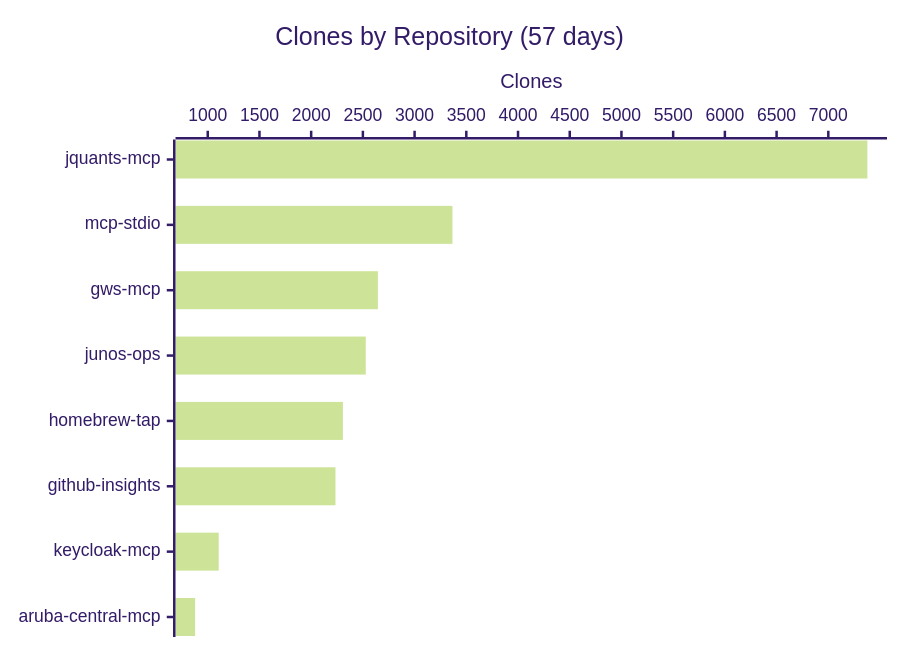
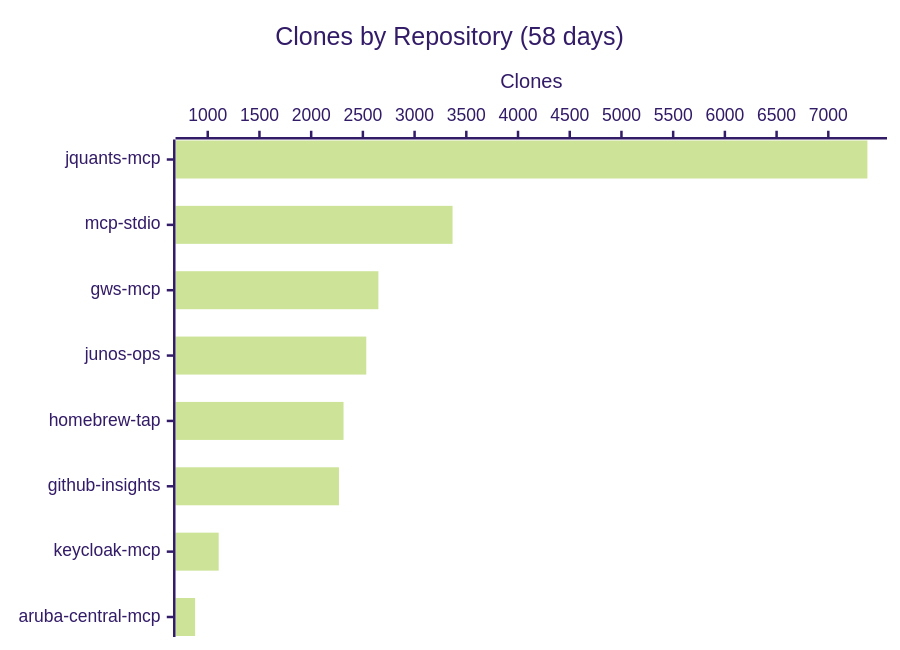
The third of 3 diagrams in README.md (shigechika/github-insights), drawn with Mermaid (forest theme) before and after one commit. The commit also changed other lines of this file and 2 other files, not shown here.

````diff
--- a/README.md
+++ b/README.md
@@ -38,7 +38,7 @@
 ```mermaid
 xychart-beta horizontal
-    title "Clones by Repository (57 days)"
+    title "Clones by Repository (58 days)"
     x-axis ["jquants-mcp", "mcp-stdio", "gws-mcp", "junos-ops", "homebrew-tap", "github-insights", "keycloak-mcp", "aruba-central-mcp"]
     y-axis "Clones"
-    bar [7378, 3366, 2645, 2528, 2307, 2235, 1106, 878]
+    bar [7378, 3367, 2650, 2533, 2313, 2269, 1106, 878]
 ```
````
